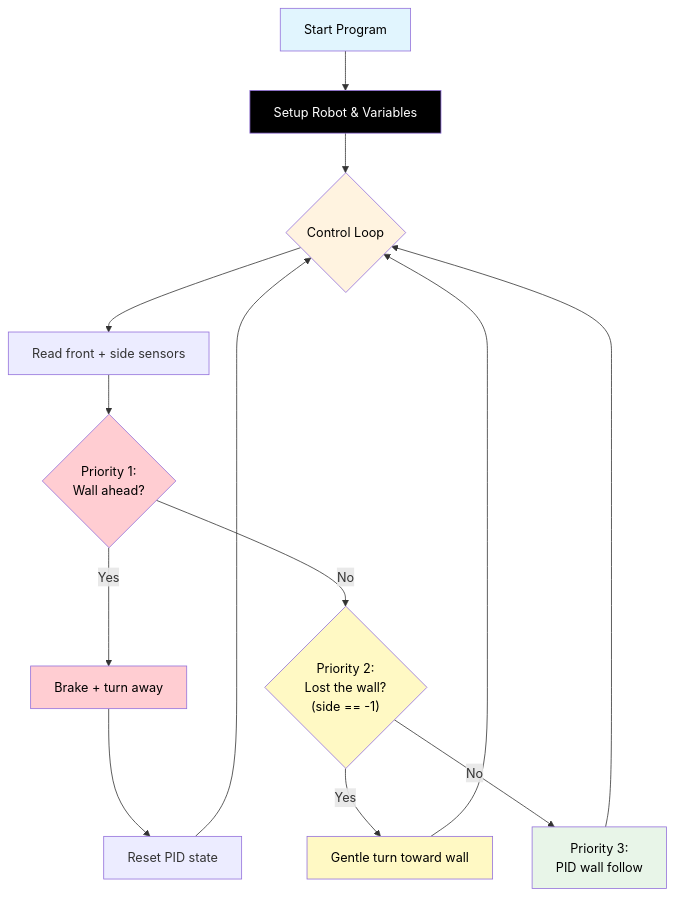
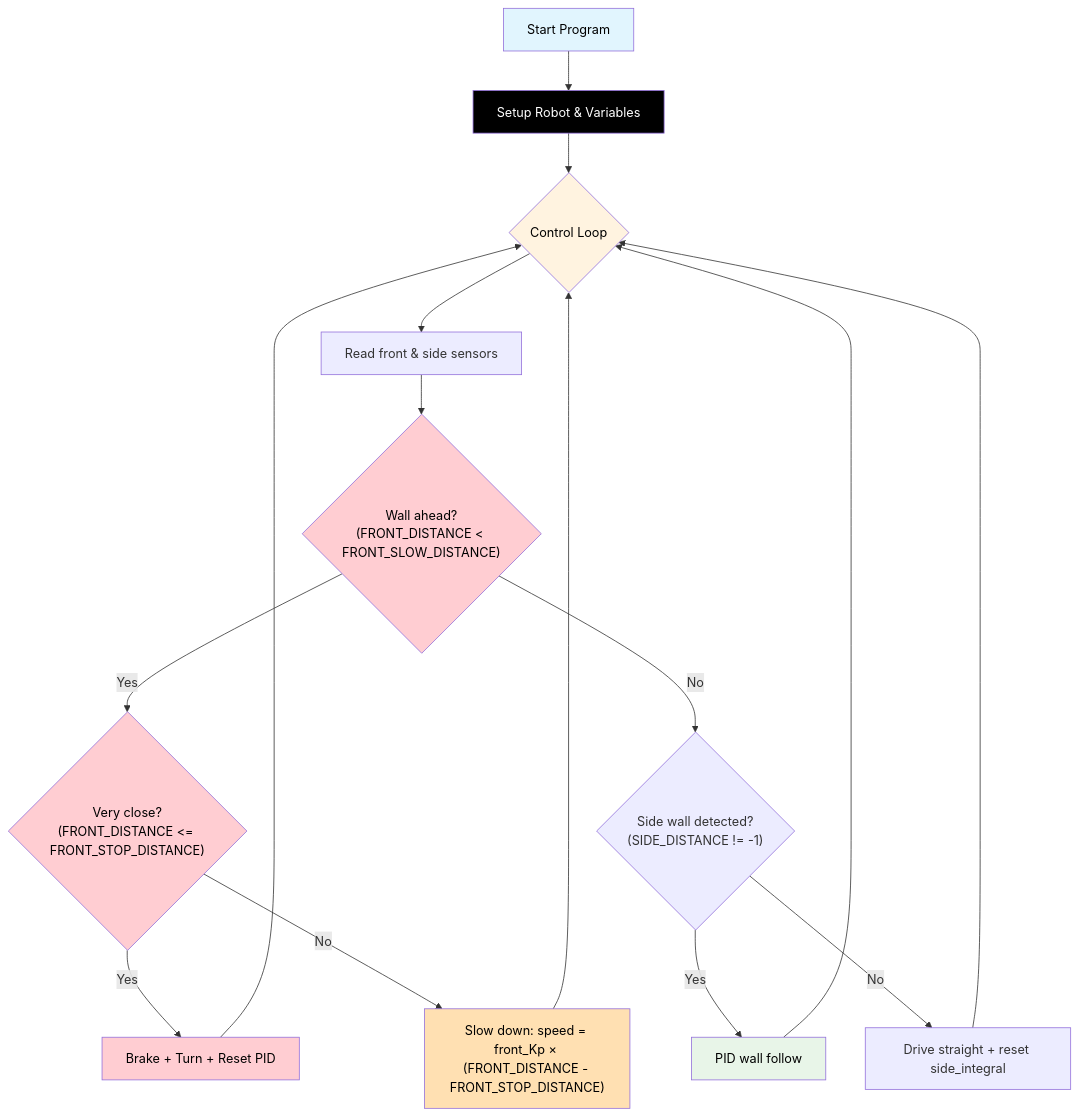
Before and after one commit to TempeHS/RP2040_Competition_Robot: the diagram in docs/Challenge_5.md, drawn with Mermaid. The commit also changed other lines of this file and 10 other files, not shown here.

````diff
--- a/docs/Challenge_5.md
+++ b/docs/Challenge_5.md
@@ -29,24 +29,26 @@
 ```mermaid
 flowchart TD
     A[Start Program] --> B[Setup Robot & Variables]
     B --> C{Control Loop}
-    C --> D[Read front + side sensors]
-    D --> E{"Priority 1:<br>Wall ahead?"}
-    E -- Yes --> F[Brake + turn away]
-    F --> G[Reset PID state]
+    C --> D[Read front & side sensors]
+    D --> E{"Wall ahead?<br>(FRONT_DISTANCE < FRONT_SLOW_DISTANCE)"}
+    E -- Yes --> F{"Very close?<br>(FRONT_DISTANCE <= FRONT_STOP_DISTANCE)"}
+    F -- Yes --> G[Brake + Turn + Reset PID]
     G --> C
-    E -- No --> H{"Priority 2:<br>Lost the wall?<br>(side == -1)"}
-    H -- Yes --> I["Gentle turn toward wall"]
-    I --> C
-    H -- No --> J["Priority 3:<br>PID wall follow"]
+    F -- No --> H["Slow down: speed = front_Kp × (FRONT_DISTANCE - FRONT_STOP_DISTANCE)"]
+    H --> C
+    E -- No --> I{"Side wall detected?<br>(SIDE_DISTANCE != -1)"}
+    I -- Yes --> J[PID wall follow]
     J --> C
+    I -- No --> K[Drive straight + reset side_integral]
+    K --> C
 
     style A fill:#e1f5fe,color:#000000
     style B fill:#000000,color:#ffffff
     style C fill:#fff3e0,color:#000000
     style E fill:#ffcdd2,color:#000000
     style F fill:#ffcdd2,color:#000000
-    style H fill:#fff9c4,color:#000000
-    style I fill:#fff9c4,color:#000000
+    style G fill:#ffcdd2,color:#000000
+    style H fill:#ffe0b2,color:#000000
     style J fill:#e8f5e8,color:#000000
 ```
````
